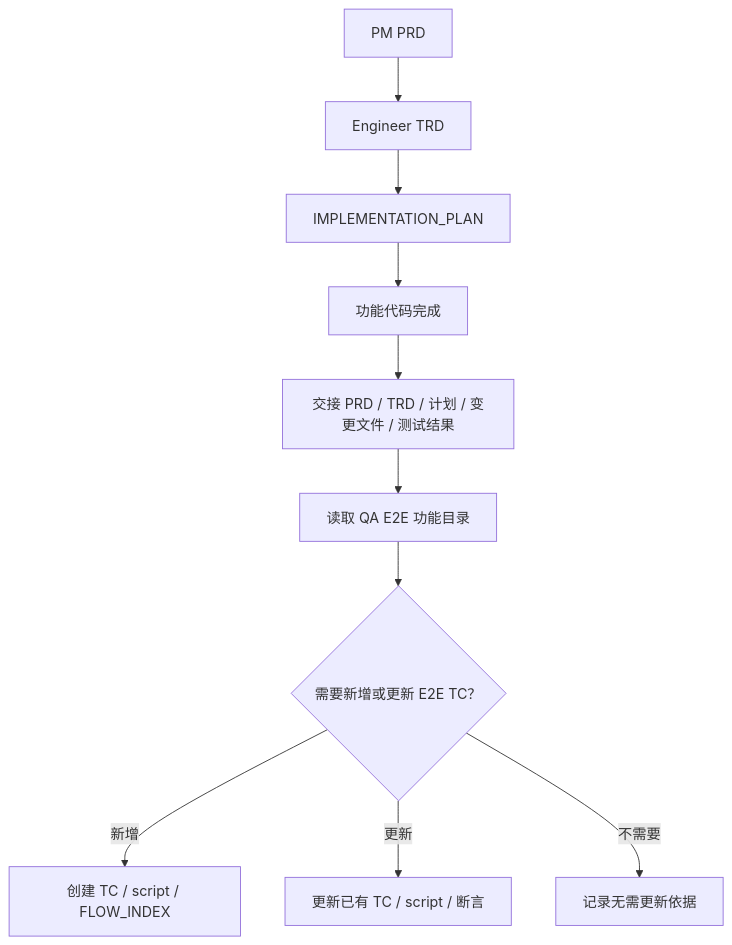
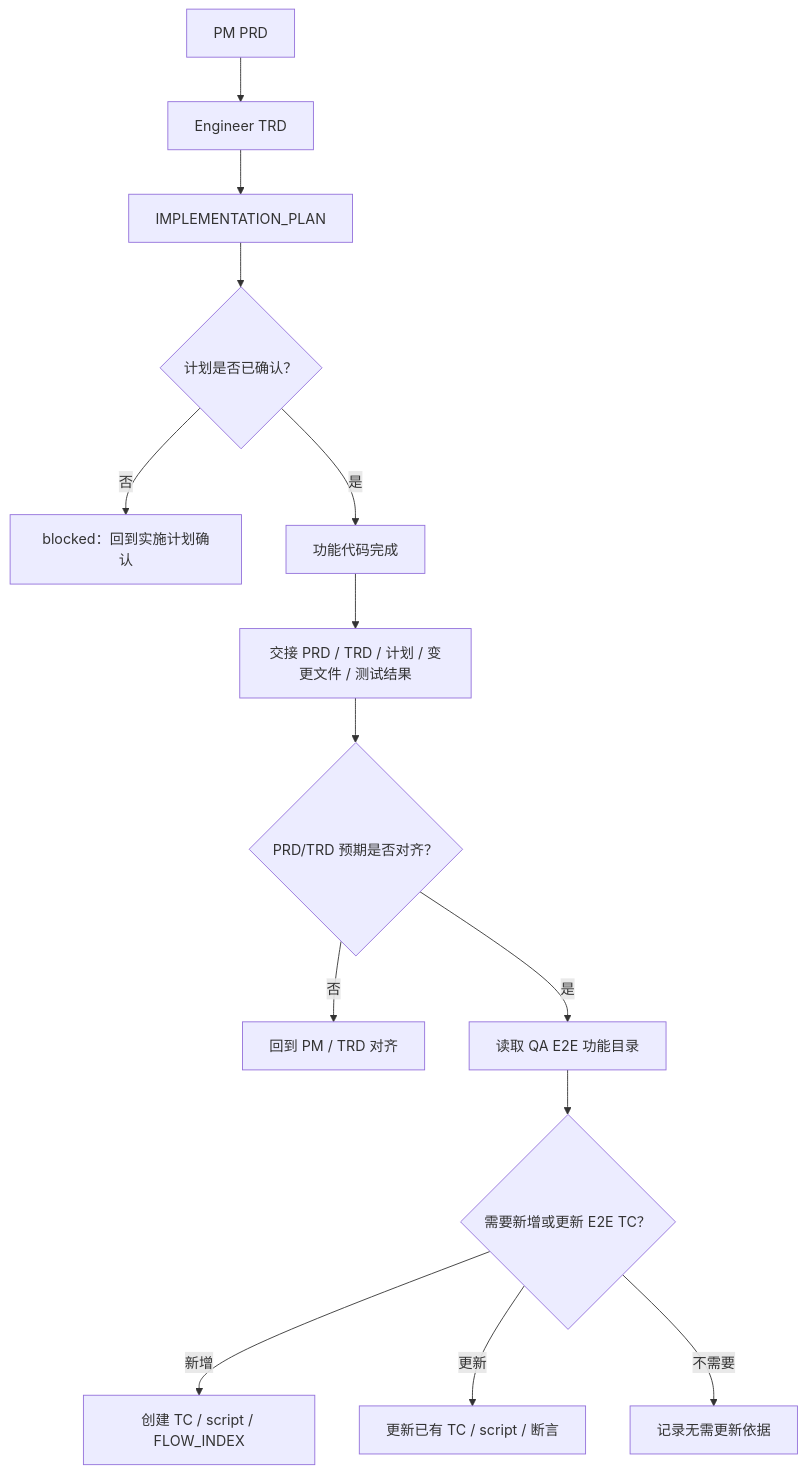
Before and after one commit to Neplich/dev-agent-skills: the third of 4 diagrams in docs/pm/qa-e2e-case-memory/PRD.md, drawn with Mermaid. The commit also changed other lines of this file and 1 other file, not shown here.

First line of the commit message:
docs: 更新 QA E2E PRD/TRD 门禁设计

````diff
--- a/docs/pm/qa-e2e-case-memory/PRD.md
+++ b/docs/pm/qa-e2e-case-memory/PRD.md
@@ -210,12 +259,16 @@
 ```mermaid
 flowchart TD
     PRD["PM PRD"] --> TRD["Engineer TRD"]
     TRD --> Plan["IMPLEMENTATION_PLAN"]
-    Plan --> Code["功能代码完成"]
+    Plan --> Confirm{"计划是否已确认？"}
+    Confirm -->|否| BlockPlan["blocked：回到实施计划确认"]
+    Confirm -->|是| Code["功能代码完成"]
     Code --> Handoff["交接 PRD / TRD / 计划 / 变更文件 / 测试结果"]
-    Handoff --> QAIndex["读取 QA E2E 功能目录"]
+    Handoff --> Alignment{"PRD/TRD 预期是否对齐？"}
+    Alignment -->|否| AlignBack["回到 PM / TRD 对齐"]
+    Alignment -->|是| QAIndex["读取 QA E2E 功能目录"]
     QAIndex --> Decision{"需要新增或更新 E2E TC？"}
     Decision -->|新增| NewTC["创建 TC / script / FLOW_INDEX"]
     Decision -->|更新| UpdateTC["更新已有 TC / script / 断言"]
     Decision -->|不需要| NoChange["记录无需更新依据"]
 ```
````
